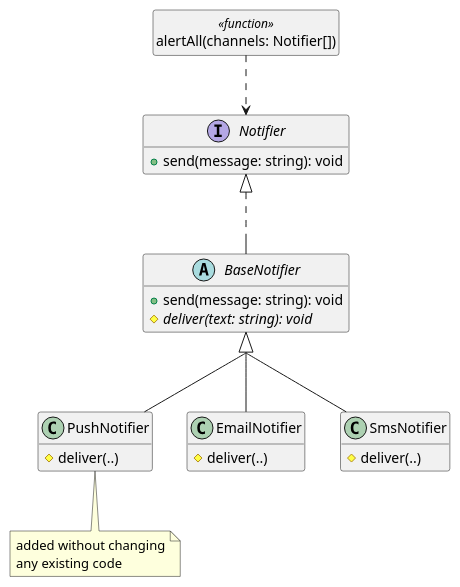
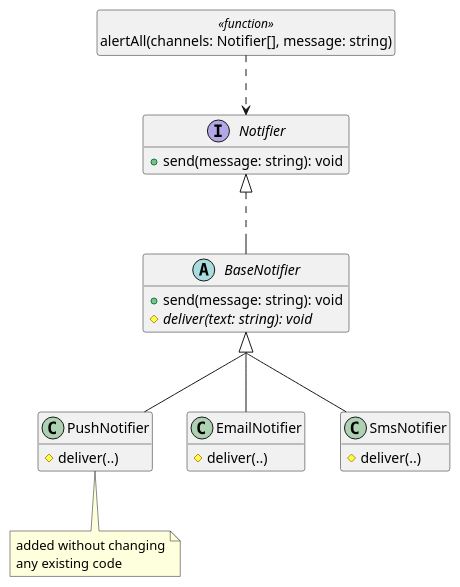
The diagram in docs/part2/07_ocp.md (ubccpsc/210), drawn with PlantUML before and after one commit. The commit also changed other lines of this file and 6 other files, not shown here.

````diff
--- a/docs/part2/07_ocp.md
+++ b/docs/part2/07_ocp.md
@@ -60,32 +60,32 @@
 ```plantuml
 @startuml
 
 hide empty members
 skinparam groupInheritance 2
 hide <<function>> circle
 
-class "alertAll(channels: Notifier[])" as alertAll <<function>>
+class "alertAll(channels: Notifier[], message: string)" as alertAll <<function>>
 interface Notifier
 abstract class BaseNotifier
 class PushNotifier
 
 alertAll ..> Notifier
 Notifier <|.. BaseNotifier
 BaseNotifier <|-- EmailNotifier
 BaseNotifier <|-- SmsNotifier
 BaseNotifier <|-- PushNotifier
 
 Notifier : +send(message: string): void
 BaseNotifier : +send(message: string): void
 BaseNotifier : {abstract} #deliver(text: string): void
 EmailNotifier : #deliver(..)
 SmsNotifier : #deliver(..)
 PushNotifier : #deliver(..)
 
 note bottom of PushNotifier
   added without changing
   any existing code
 end note
 
 @enduml
 ```
````
